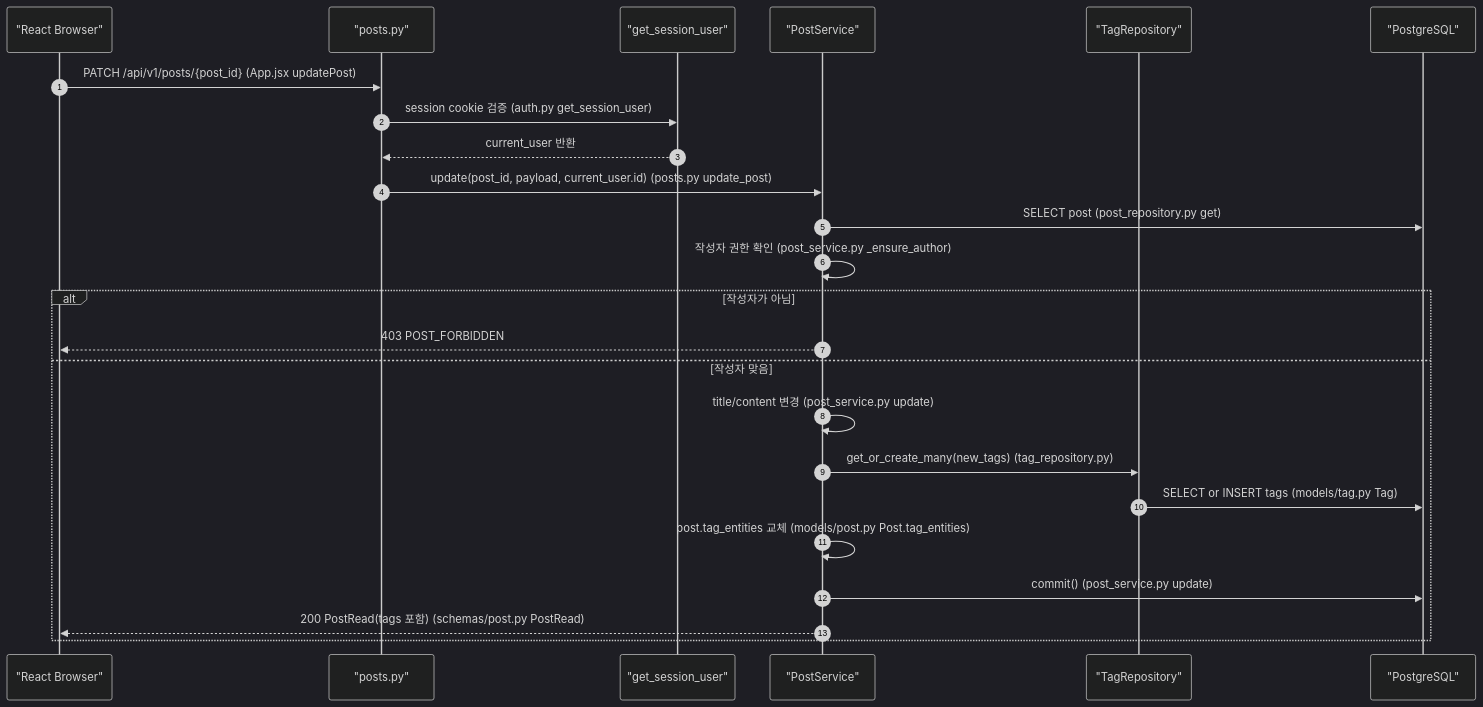
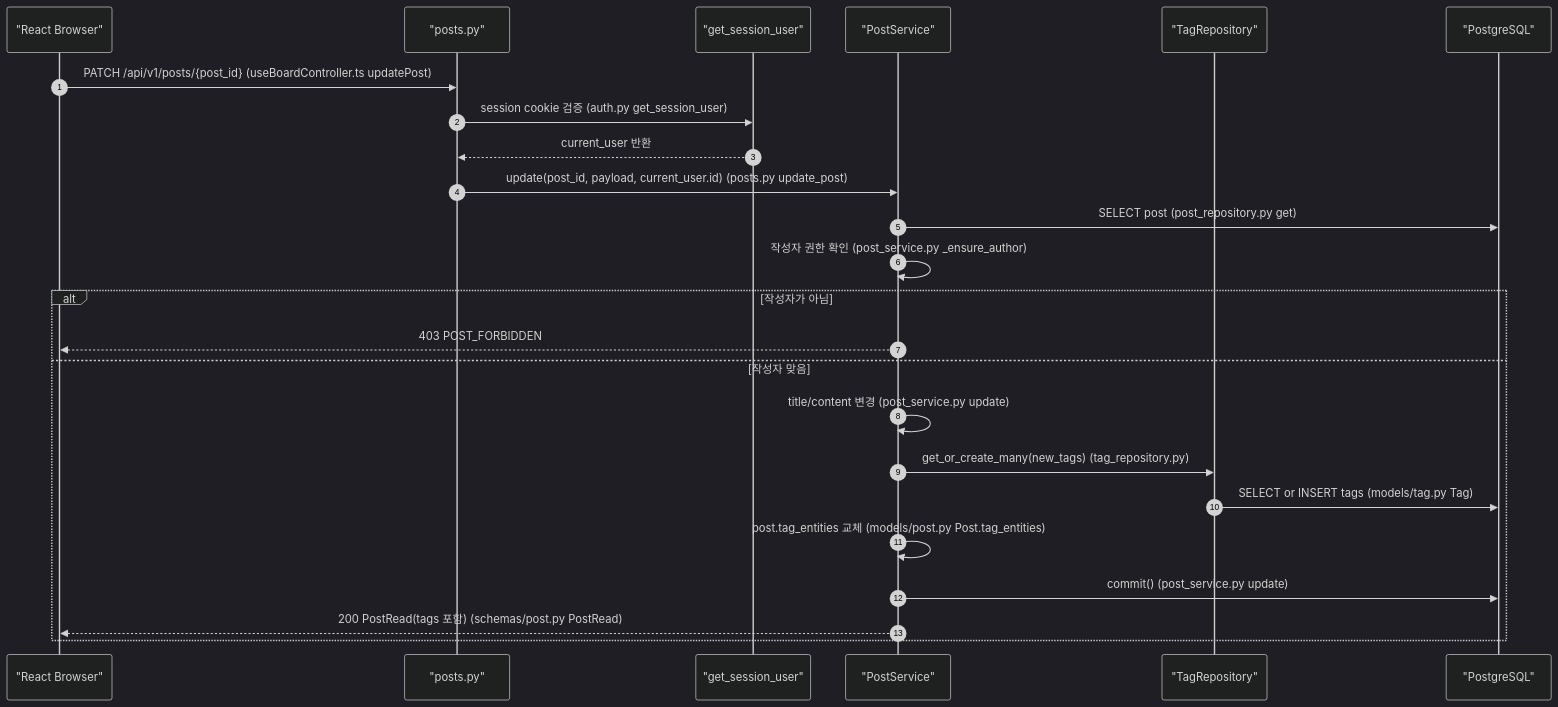
The third of 6 diagrams in docs2/sprint-4/implementation-record.md (JUNGLE-TEAM1/W16_team_sprint), drawn with Mermaid (dark theme) before and after one commit. The commit also changed other lines of this file and 5 other files, not shown here.

````diff
--- a/docs2/sprint-4/implementation-record.md
+++ b/docs2/sprint-4/implementation-record.md
@@ -389,27 +397,27 @@
 ```mermaid
 sequenceDiagram
     autonumber
     participant Browser as "React Browser"
     participant Router as "posts.py"
     participant Auth as "get_session_user"
     participant Service as "PostService"
     participant TagRepo as "TagRepository"
     participant DB as "PostgreSQL"
 
-    Browser->>Router: PATCH /api/v1/posts/{post_id} (App.jsx updatePost)
+    Browser->>Router: PATCH /api/v1/posts/{post_id} (useBoardController.ts updatePost)
     Router->>Auth: session cookie 검증 (auth.py get_session_user)
     Auth-->>Router: current_user 반환
     Router->>Service: update(post_id, payload, current_user.id) (posts.py update_post)
     Service->>DB: SELECT post (post_repository.py get)
     Service->>Service: 작성자 권한 확인 (post_service.py _ensure_author)
     alt 작성자가 아님
         Service-->>Browser: 403 POST_FORBIDDEN
     else 작성자 맞음
         Service->>Service: title/content 변경 (post_service.py update)
         Service->>TagRepo: get_or_create_many(new_tags) (tag_repository.py)
         TagRepo->>DB: SELECT or INSERT tags (models/tag.py Tag)
         Service->>Service: post.tag_entities 교체 (models/post.py Post.tag_entities)
         Service->>DB: commit() (post_service.py update)
         Service-->>Browser: 200 PostRead(tags 포함) (schemas/post.py PostRead)
     end
 ```
````
